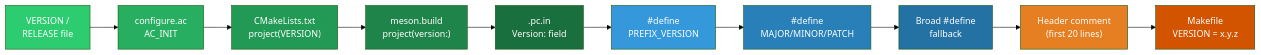
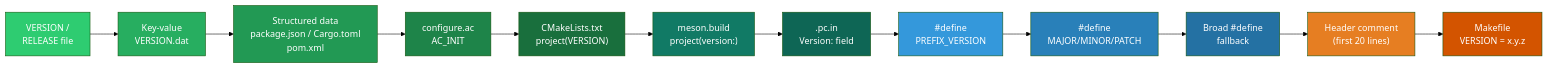
The fourth of 4 diagrams in docs/architecture/omnibor-analysis-overview.md (tedg-dev/bisbom-gen), drawn with Mermaid (forest theme) before and after one commit. The commit also changed other lines of this file and 6 other files, not shown here.

````diff
--- a/docs/architecture/omnibor-analysis-overview.md
+++ b/docs/architecture/omnibor-analysis-overview.md
@@ -149,23 +162,27 @@
 ```mermaid
 flowchart LR
-    A["VERSION /<br/>RELEASE file"] --> B["configure.ac<br/>AC_INIT"]
-    B --> C["CMakeLists.txt<br/>project(VERSION)"]
-    C --> D["meson.build<br/>project(version:)"]
-    D --> E[".pc.in<br/>Version: field"]
-    E --> F["#define<br/>PREFIX_VERSION"]
-    F --> G["#define<br/>MAJOR/MINOR/PATCH"]
-    G --> H["Broad #define<br/>fallback"]
-    H --> I["Header comment<br/>(first 20 lines)"]
-    I --> J["Makefile<br/>VERSION = x.y.z"]
+    A["VERSION /<br/>RELEASE file"] --> B["Key-value<br/>VERSION.dat"]
+    B --> C["Structured data<br/>package.json / Cargo.toml<br/>pom.xml"]
+    C --> D["configure.ac<br/>AC_INIT"]
+    D --> E["CMakeLists.txt<br/>project(VERSION)"]
+    E --> F["meson.build<br/>project(version:)"]
+    F --> G[".pc.in<br/>Version: field"]
+    G --> H["#define<br/>PREFIX_VERSION"]
+    H --> I["#define<br/>MAJOR/MINOR/PATCH"]
+    I --> J["Broad #define<br/>fallback"]
+    J --> K["Header comment<br/>(first 20 lines)"]
+    K --> L["Makefile<br/>VERSION = x.y.z"]
 
     style A fill:#2ecc71,color:#fff
     style B fill:#27ae60,color:#fff
     style C fill:#229954,color:#fff
     style D fill:#1e8449,color:#fff
     style E fill:#196f3d,color:#fff
-    style F fill:#3498db,color:#fff
-    style G fill:#2980b9,color:#fff
-    style H fill:#2471a3,color:#fff
-    style I fill:#e67e22,color:#fff
-    style J fill:#d35400,color:#fff
+    style F fill:#117a65,color:#fff
+    style G fill:#0e6655,color:#fff
+    style H fill:#3498db,color:#fff
+    style I fill:#2980b9,color:#fff
+    style J fill:#2471a3,color:#fff
+    style K fill:#e67e22,color:#fff
+    style L fill:#d35400,color:#fff
 ```
````
